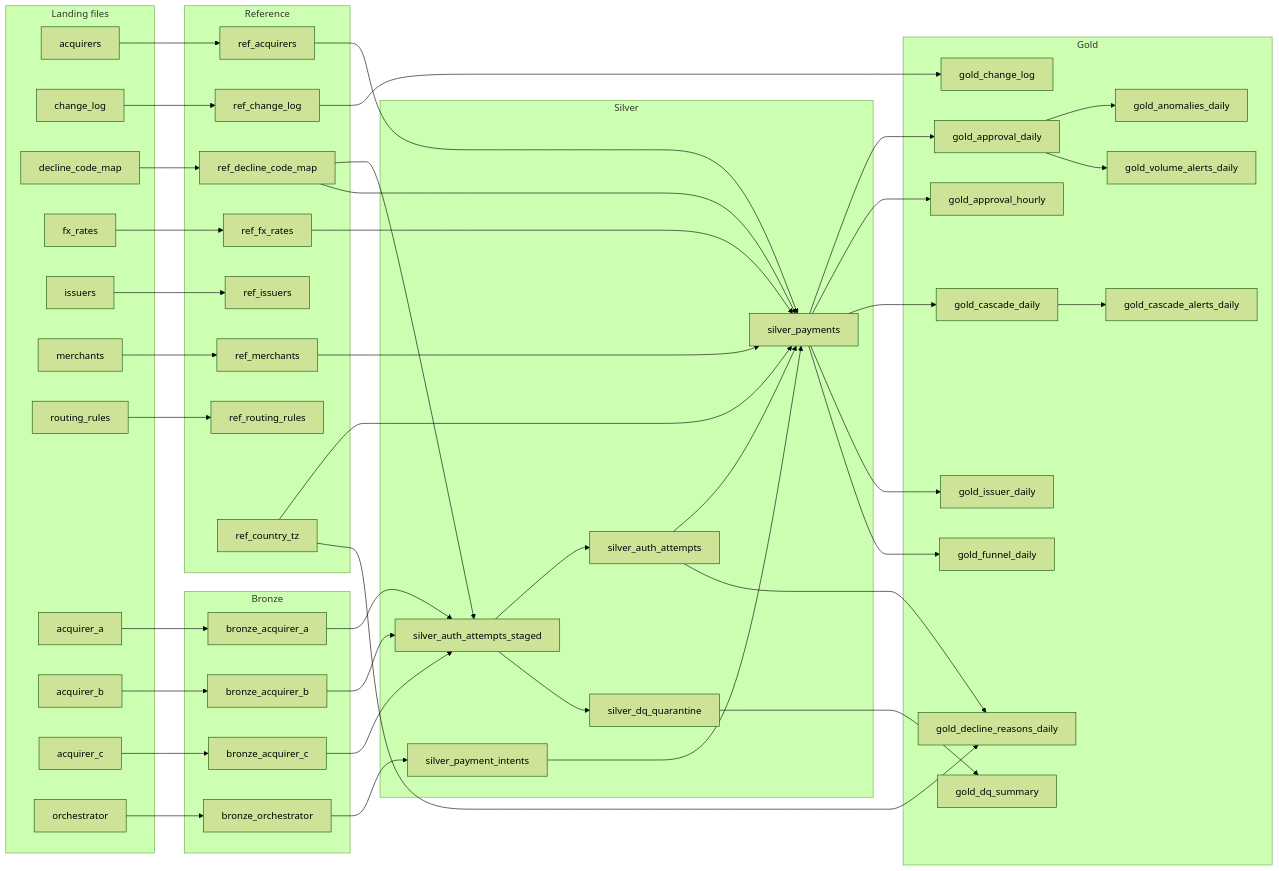
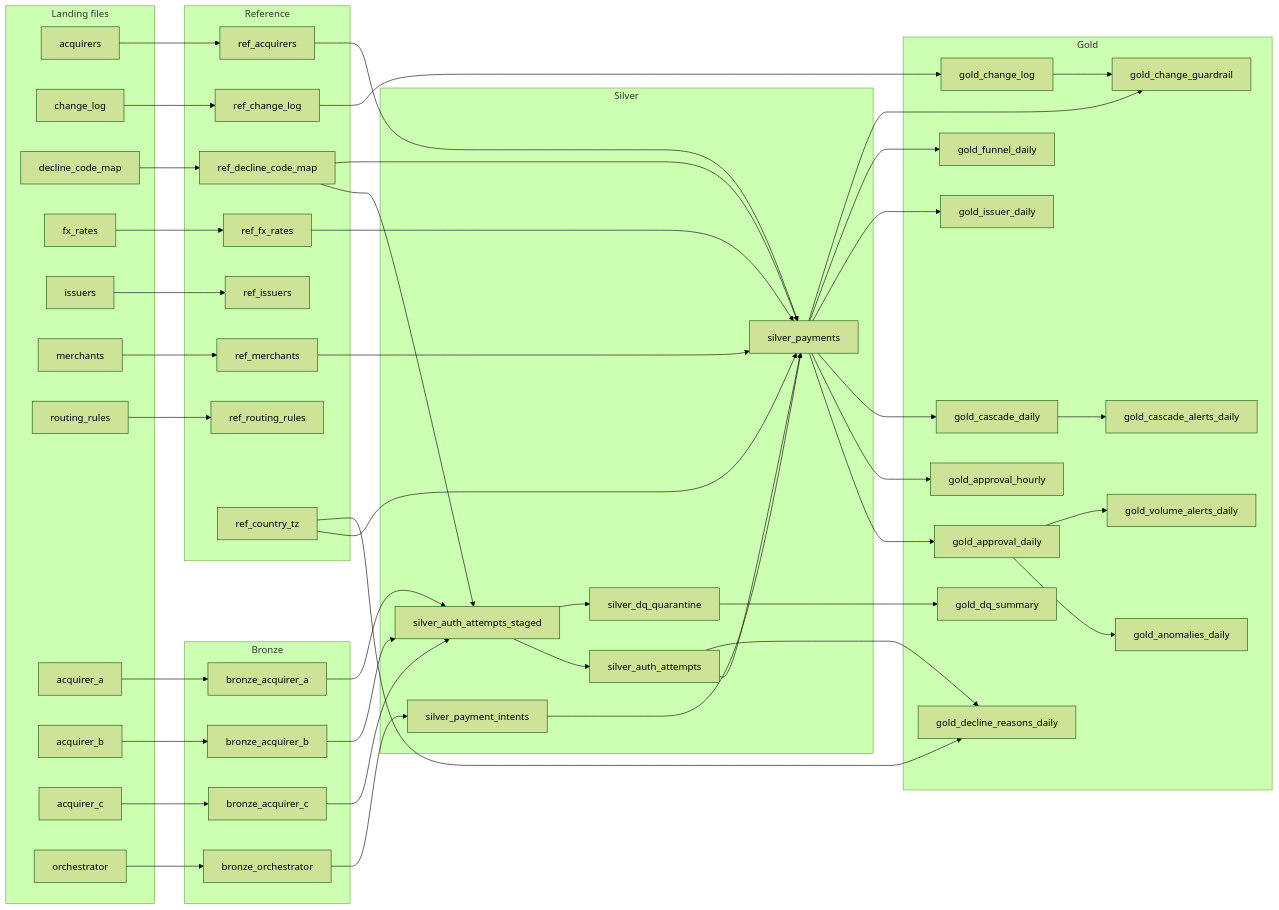
One commit to JaviSalazar31/approval-rate-copilot changed the second of 2 diagrams in docs/data_model.md. Above: the diagram before and after it, drawn with Mermaid (forest theme). The commit also changed other lines of this file and 23 other files, not shown here.

````diff
--- a/docs/data_model.md
+++ b/docs/data_model.md
@@ -127,6 +128,7 @@
     gold_anomalies_daily
     gold_cascade_alerts_daily
     gold_change_log
+    gold_change_guardrail
     gold_dq_summary
     gold_volume_alerts_daily
   end
@@ -165,6 +167,8 @@
   gold_approval_daily --> gold_anomalies_daily
   gold_cascade_daily --> gold_cascade_alerts_daily
   ref_change_log --> gold_change_log
+  gold_change_log --> gold_change_guardrail
+  silver_payments --> gold_change_guardrail
   silver_dq_quarantine --> gold_dq_summary
   gold_approval_daily --> gold_volume_alerts_daily
 ```
````
